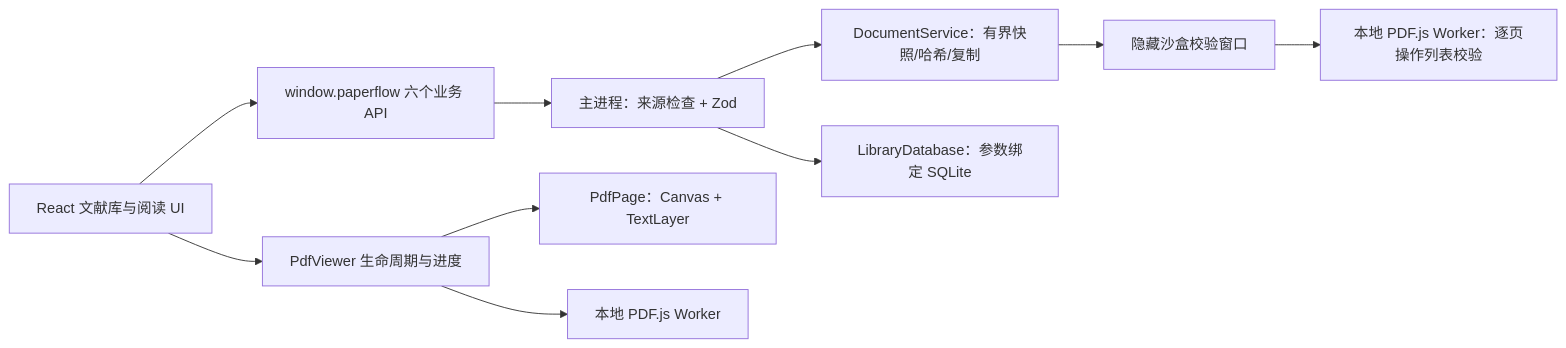
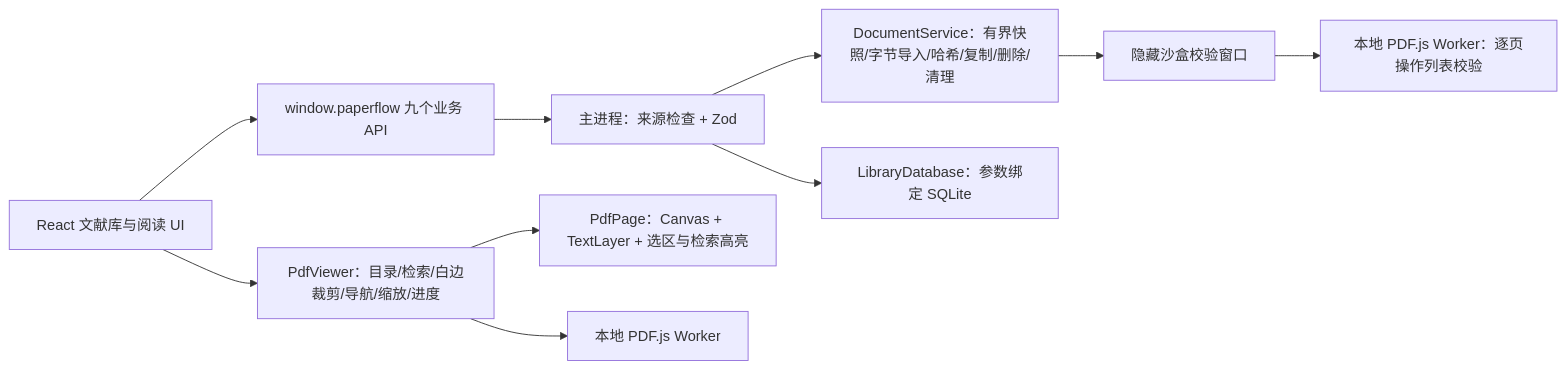
One commit to daizime/PaperFlow changed the diagram in docs/architecture.md. Above: the diagram before and after it, drawn with Mermaid. The commit also changed other lines of this file and 52 other files, not shown here.

````diff
--- a/docs/architecture.md
+++ b/docs/architecture.md
@@ -9,12 +9,12 @@
 ```mermaid
 flowchart LR
-  UI[React 文献库与阅读 UI] --> API[window.paperflow 六个业务 API]
+  UI[React 文献库与阅读 UI] --> API[window.paperflow 九个业务 API]
   API --> IPC[主进程：来源检查 + Zod]
-  IPC --> DOC[DocumentService：有界快照/哈希/复制]
+  IPC --> DOC[DocumentService：有界快照/字节导入/哈希/复制/删除/清理]
   IPC --> DB[LibraryDatabase：参数绑定 SQLite]
   DOC --> VALID[隐藏沙盒校验窗口]
   VALID --> VW[本地 PDF.js Worker：逐页操作列表校验]
-  UI --> READER[PdfViewer 生命周期与进度]
-  READER --> PAGE[PdfPage：Canvas + TextLayer]
+  UI --> READER[PdfViewer：目录/检索/白边裁剪/导航/缩放/进度]
+  READER --> PAGE[PdfPage：Canvas + TextLayer + 选区与检索高亮]
   READER --> RW[本地 PDF.js Worker]
 ```
````
